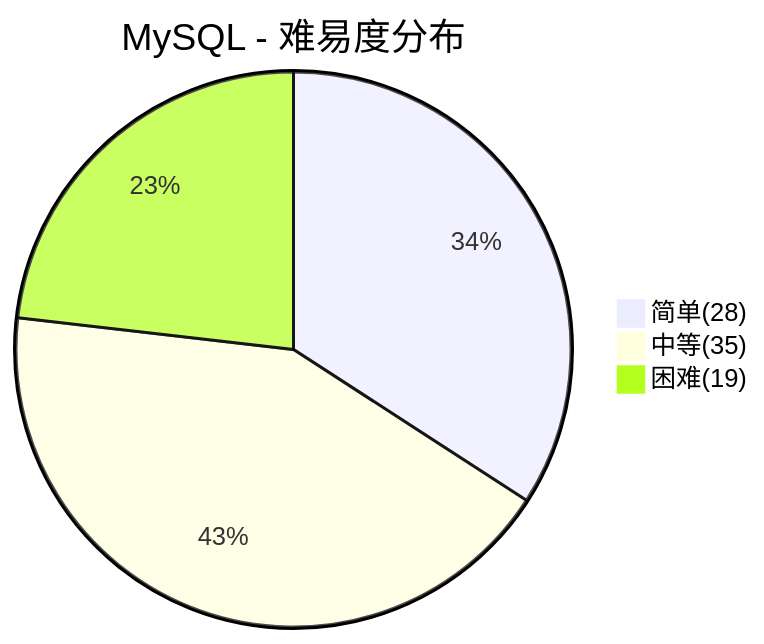
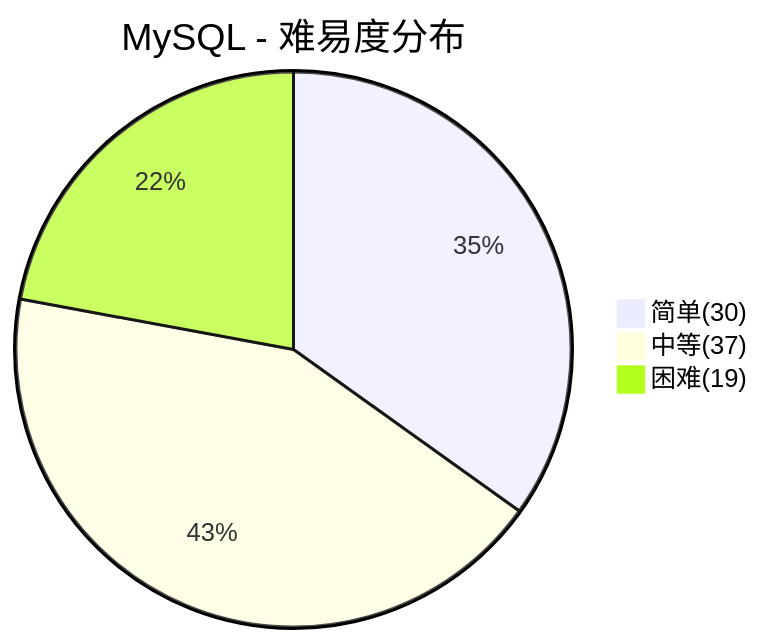
One commit to dunwu/waterdrop changed the first of 6 diagrams in docs/99.面试/数据库面试.md. Above: the diagram before and after it, drawn with Mermaid. The commit also changed other lines of this file and 73 other files, not shown here.

````diff
--- a/docs/99.面试/数据库面试.md
+++ b/docs/99.面试/数据库面试.md
@@ -34,6 +34,6 @@
 ```mermaid
 pie title MySQL - 难易度分布
-    "简单(28)" : 28
-    "中等(35)" : 35
+    "简单(30)" : 30
+    "中等(37)" : 37
     "困难(19)" : 19
 ```
````
